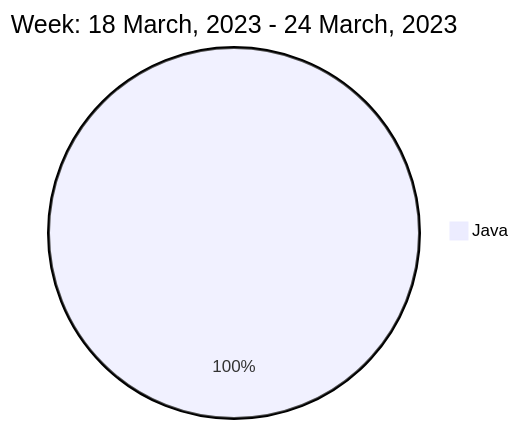
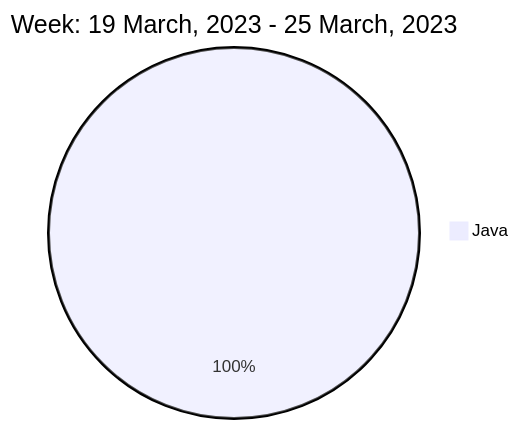
Before and after one commit to liubin95/liubin95: the diagram in README.md, drawn with Mermaid.

Commit message:
Updated the Graph with new Metrics

````diff
--- a/README.md
+++ b/README.md
@@ -40,5 +40,5 @@
 ```mermaid
  pie
-title Week: 18 March, 2023 - 24 March, 2023
+title Week: 19 March, 2023 - 25 March, 2023
  "Java" : 2.23
 ```
````
